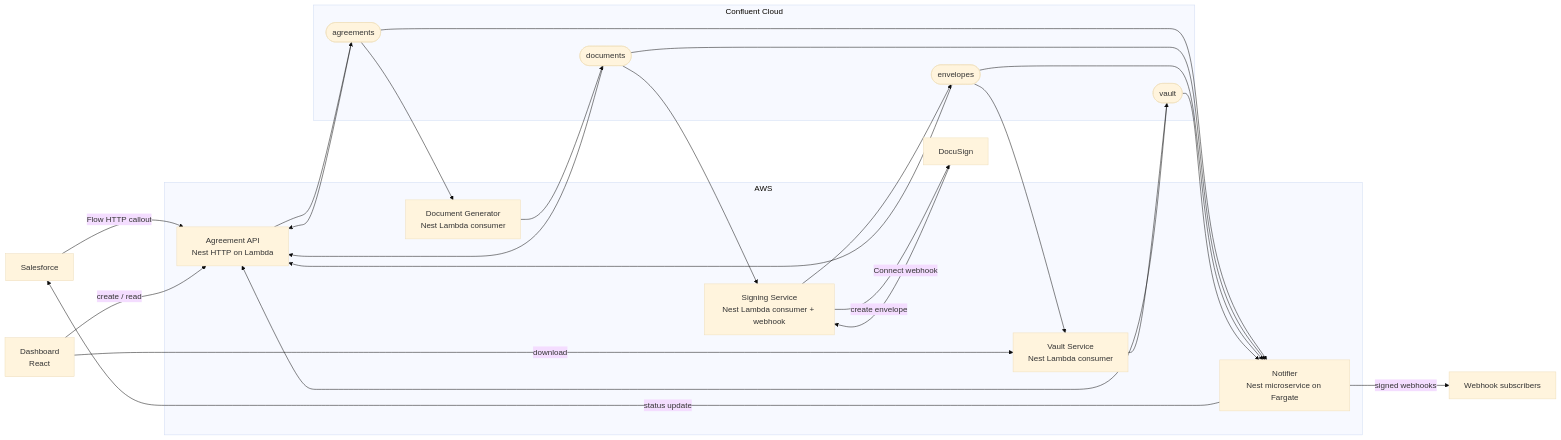
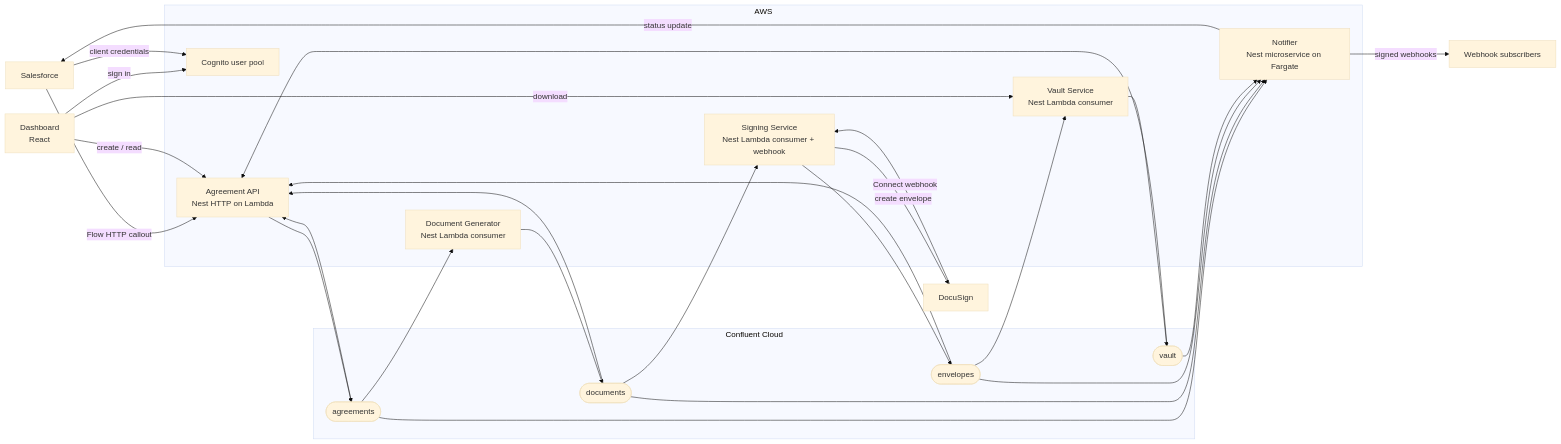
The first of 3 diagrams in docs/architecture.md (michaelweinberg/signing-platform-documentation), drawn with Mermaid (base theme) before and after one commit. The commit also changed other lines of this file and 7 other files, not shown here.

````diff
--- a/docs/architecture.md
+++ b/docs/architecture.md
@@ -11,36 +11,39 @@
 ```mermaid
 flowchart LR
     SF[Salesforce]
     DS[DocuSign]
     SUB[Webhook subscribers]
     UI[Dashboard<br/>React]
 
     subgraph AWS
         API[Agreement API<br/>Nest HTTP on Lambda]
         GEN[Document Generator<br/>Nest Lambda consumer]
         SIGN[Signing Service<br/>Nest Lambda consumer + webhook]
         VAULT[Vault Service<br/>Nest Lambda consumer]
         NOTE[Notifier<br/>Nest microservice on Fargate]
+        IDP[Cognito user pool]
     end
 
     subgraph Confluent Cloud
         T1([agreements])
         T2([documents])
         T3([envelopes])
         T4([vault])
     end
 
     SF -- Flow HTTP callout --> API
     UI -- create / read --> API
     API --> T1
     T1 --> GEN --> T2
     T2 --> SIGN --> T3
     SIGN -- create envelope --> DS
     DS -- Connect webhook --> SIGN
     T3 --> VAULT --> T4
     T1 & T2 & T3 & T4 --> NOTE
     T1 & T2 & T3 & T4 --> API
     NOTE -- status update --> SF
     NOTE -- signed webhooks --> SUB
     UI -- download --> VAULT
+    UI -- sign in --> IDP
+    SF -- client credentials --> IDP
 ```
````
